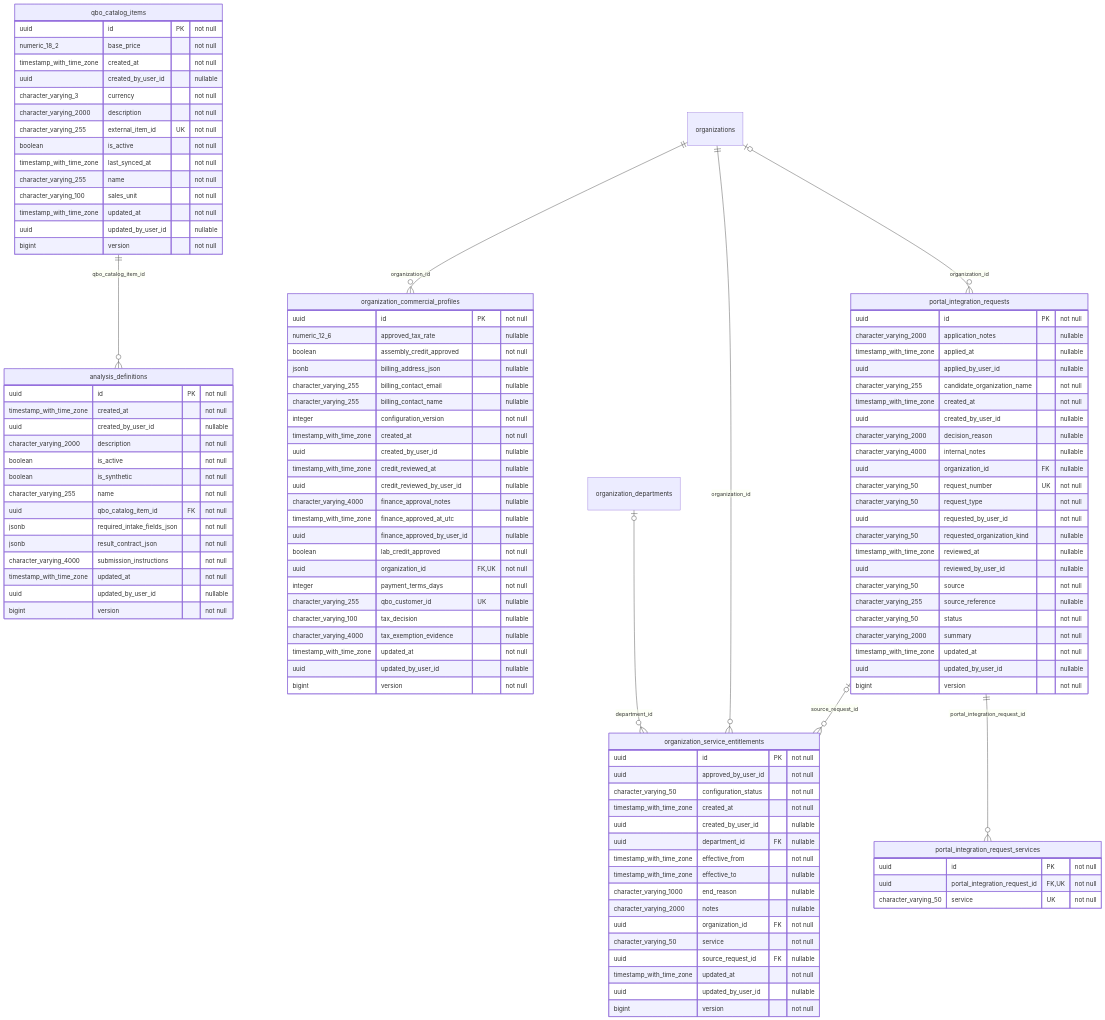
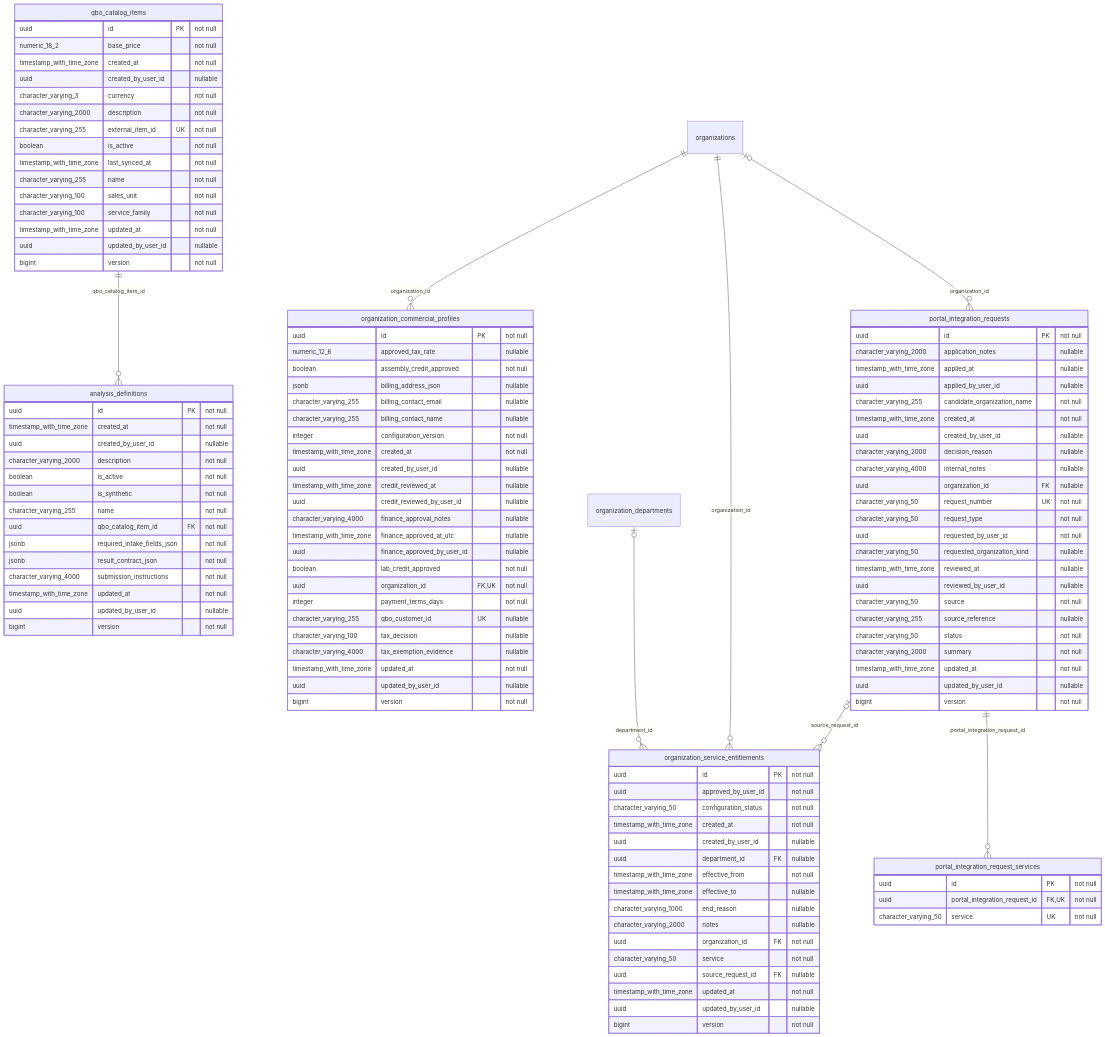
Diagram 17 of 32 in docs/database-erd.md (behaack/phaeno-ops-mgmt-system), drawn with Mermaid before and after one commit. The commit also changed other lines of this file and 59 other files, not shown here.

```diff
--- a/docs/database-erd.md
+++ b/docs/database-erd.md
@@ -2389,6 +2389,7 @@
         timestamp_with_time_zone last_synced_at "not null"
         character_varying_255 name "not null"
         character_varying_100 sales_unit "not null"
+        character_varying_100 service_family "not null"
         timestamp_with_time_zone updated_at "not null"
         uuid updated_by_user_id "nullable"
         bigint version "not null"
```
